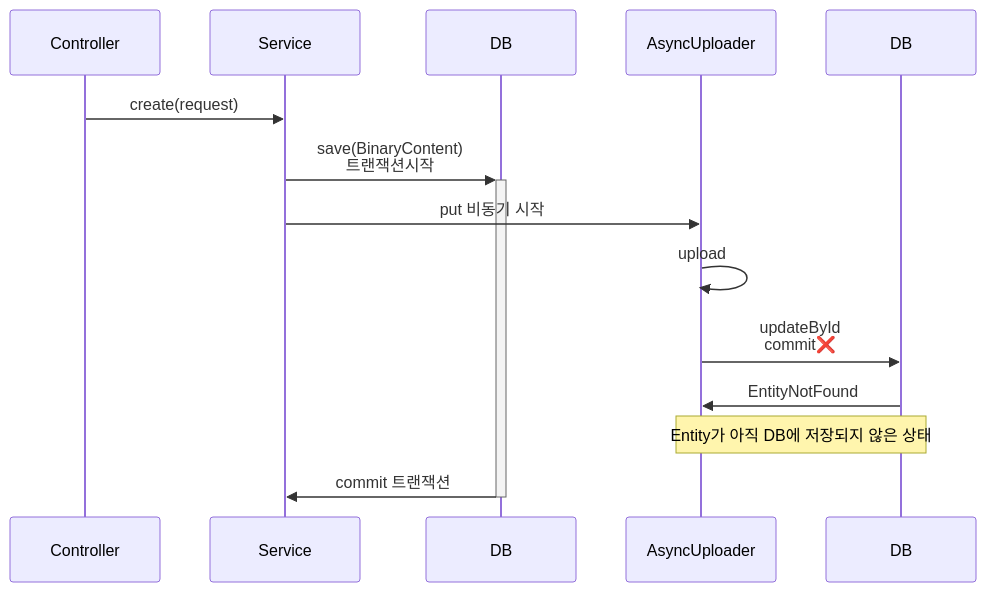
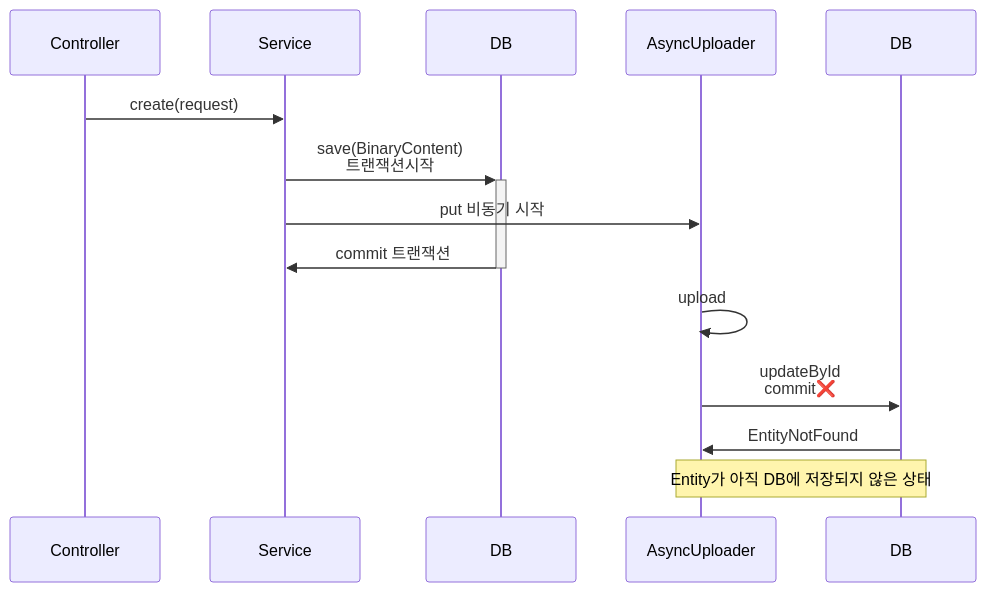
Before and after one commit to codeit-bootcamp-spring/1-sprint-mission: the sixth of 11 diagrams in README.md, drawn with Mermaid. The commit also changed other lines of this file, not shown here.

````diff
--- a/README.md
+++ b/README.md
@@ -201,16 +201,16 @@
 ```mermaid
 sequenceDiagram
   participant C as Controller
   participant S as Service
   participant D as DB
   participant AsyncUploader
 
   C->>S: create(request)
   S->>+D: save(BinaryContent)<br/>트랜잭션시작
   S->>AsyncUploader: put 비동기 시작
+  D->>-S: commit 트랜잭션
   AsyncUploader->>AsyncUploader: upload
   AsyncUploader->>DB: updateById<br/>commit❌
   DB->>AsyncUploader: EntityNotFound
   Note over AsyncUploader, DB: Entity가 아직 DB에 저장되지 않은 상태
-  D->>-S: commit 트랜잭션
 ```
````
